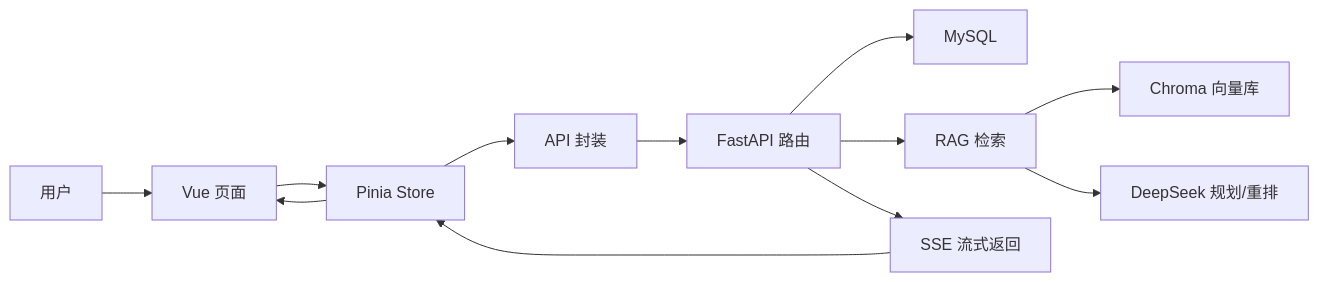
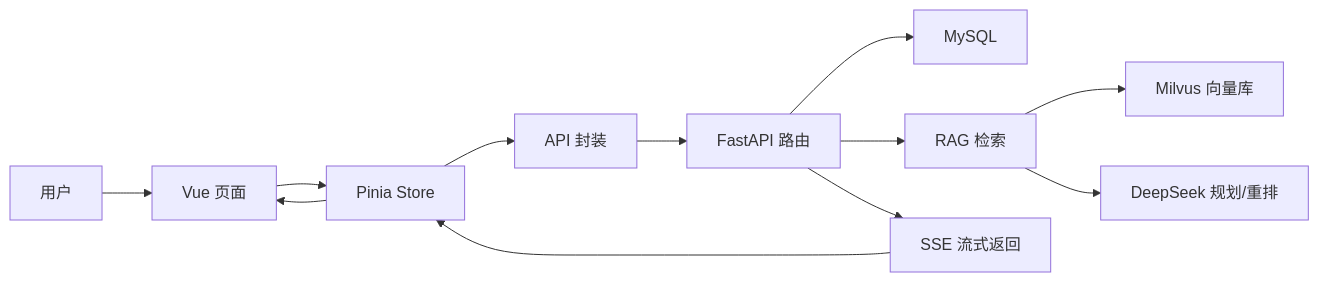
One commit to baiye-banned/Agent_about_answer changed the first of 10 diagrams in docs/PROJECT_CODE_READING_ROADMAP.md. Above: the diagram before and after it, drawn with Mermaid. The commit also changed other lines of this file and 83 other files, not shown here.

````diff
--- a/docs/PROJECT_CODE_READING_ROADMAP.md
+++ b/docs/PROJECT_CODE_READING_ROADMAP.md
@@ -41,14 +41,14 @@
 ```mermaid
 flowchart LR
   User["用户"] --> Vue["Vue 页面"]
   Vue --> Store["Pinia Store"]
   Store --> API["API 封装"]
   API --> FastAPI["FastAPI 路由"]
   FastAPI --> MySQL["MySQL"]
   FastAPI --> Retrieval["RAG 检索"]
-  Retrieval --> Chroma["Chroma 向量库"]
+  Retrieval --> Milvus["Milvus 向量库"]
   Retrieval --> DeepSeek["DeepSeek 规划/重排"]
   FastAPI --> SSE["SSE 流式返回"]
   SSE --> Store
   Store --> Vue
 ```
````
